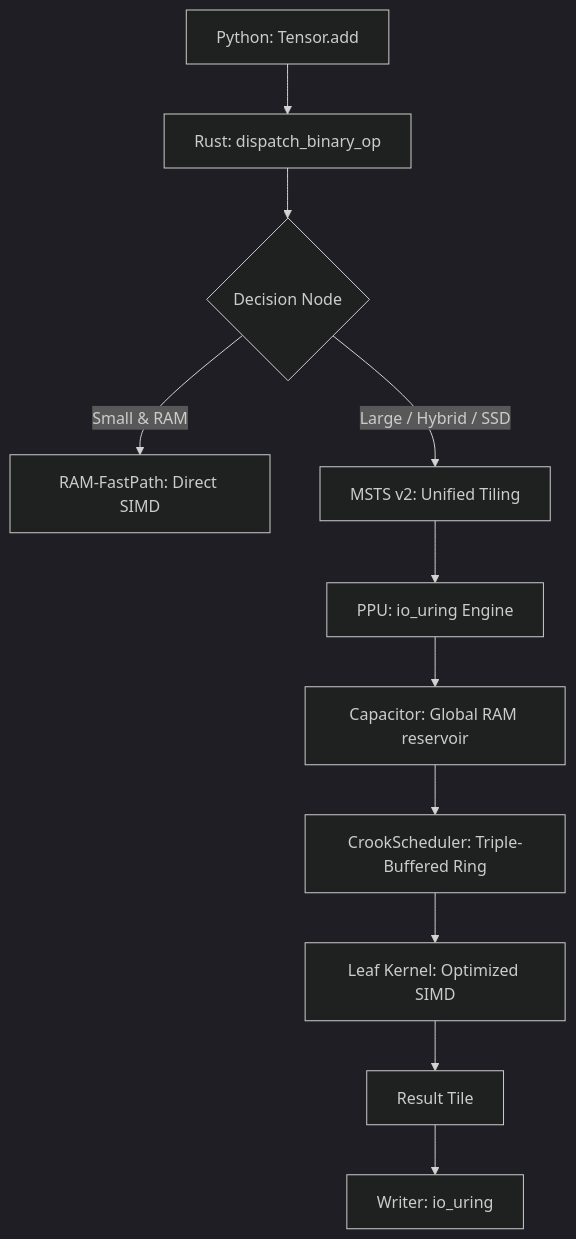
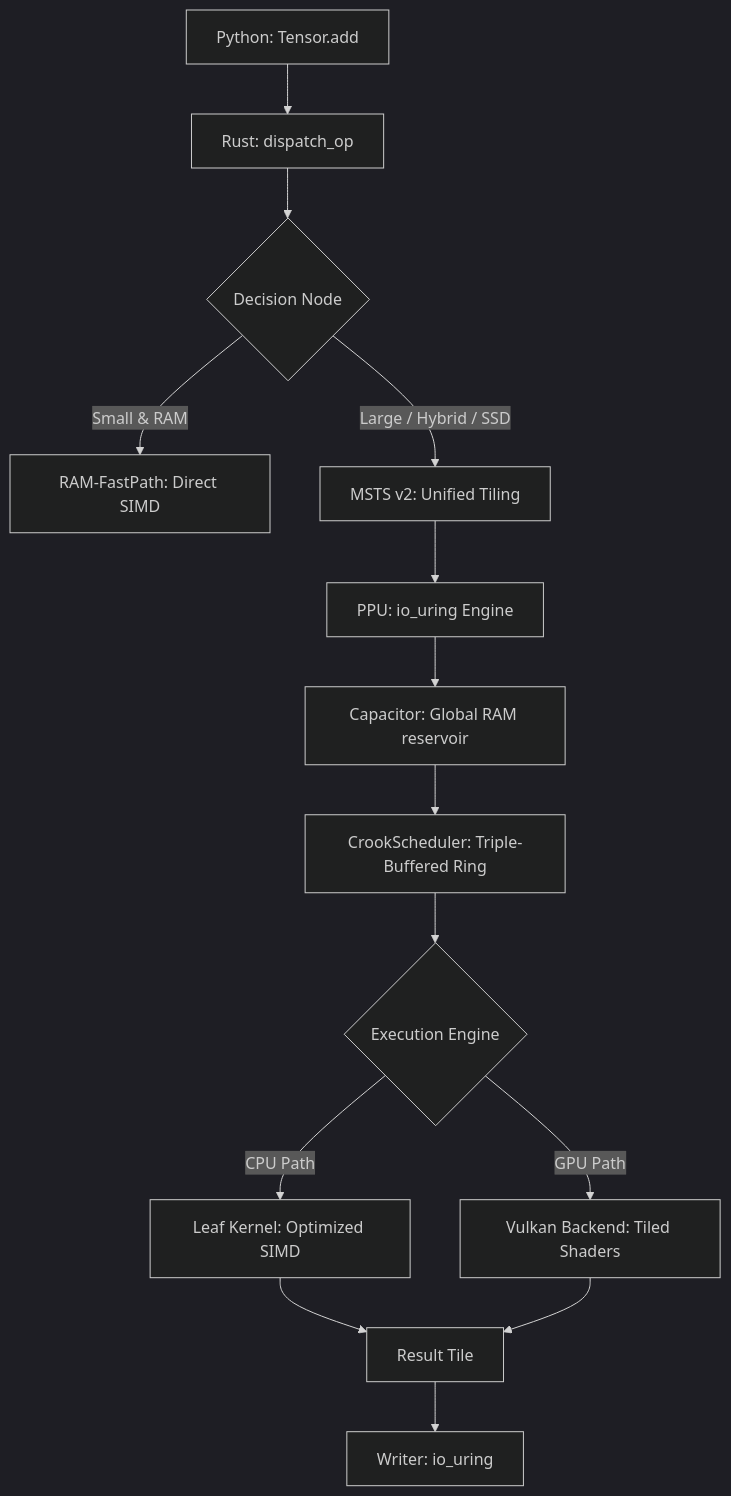
One commit to slavek-is-hyperreal/OxTorch changed the diagram in docs/architecture.md. Above: the diagram before and after it, drawn with Mermaid (dark theme). The commit also changed other lines of this file and 36 other files, not shown here.

````diff
--- a/docs/architecture.md
+++ b/docs/architecture.md
@@ -11,14 +11,17 @@
 ```mermaid
 graph TD
-    A[Python: Tensor.add] --> B[Rust: dispatch_binary_op]
+    A[Python: Tensor.add] --> B[Rust: dispatch_op]
     B --> C{Decision Node}
     C -->|Small & RAM| D[RAM-FastPath: Direct SIMD]
     C -->|Large / Hybrid / SSD| F[MSTS v2: Unified Tiling]
     
     F --> G[PPU: io_uring Engine]
     G --> H[Capacitor: Global RAM reservoir]
     H --> I[CrookScheduler: Triple-Buffered Ring]
-    I --> J[Leaf Kernel: Optimized SIMD]
-    J --> K[Result Tile]
-    K --> L[Writer: io_uring]
+    I --> J{Execution Engine}
+    J -->|CPU Path| K[Leaf Kernel: Optimized SIMD]
+    J -->|GPU Path| L[Vulkan Backend: Tiled Shaders]
+    K --> M[Result Tile]
+    L --> M
+    M --> N[Writer: io_uring]
 ```
````
